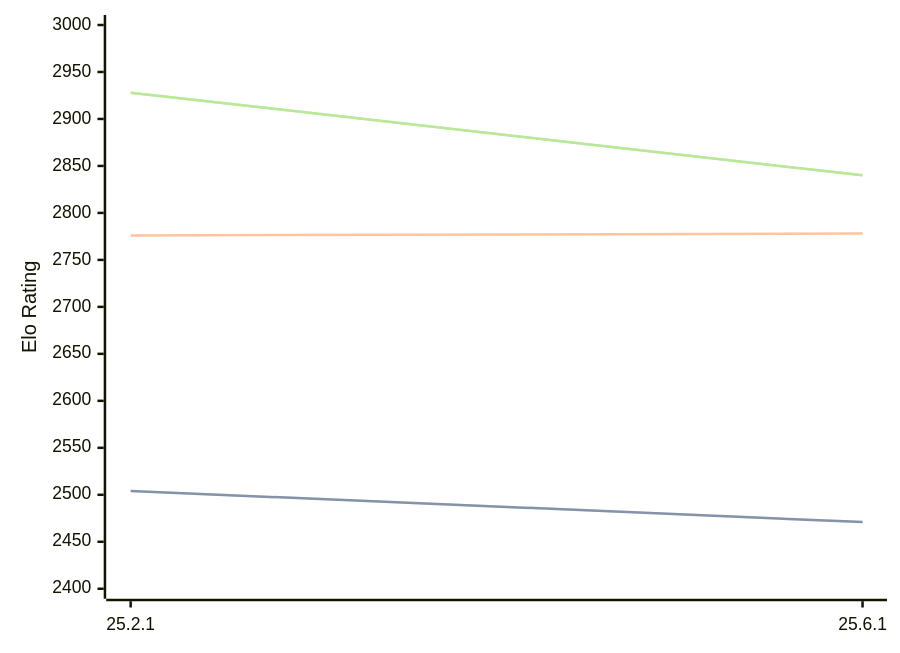
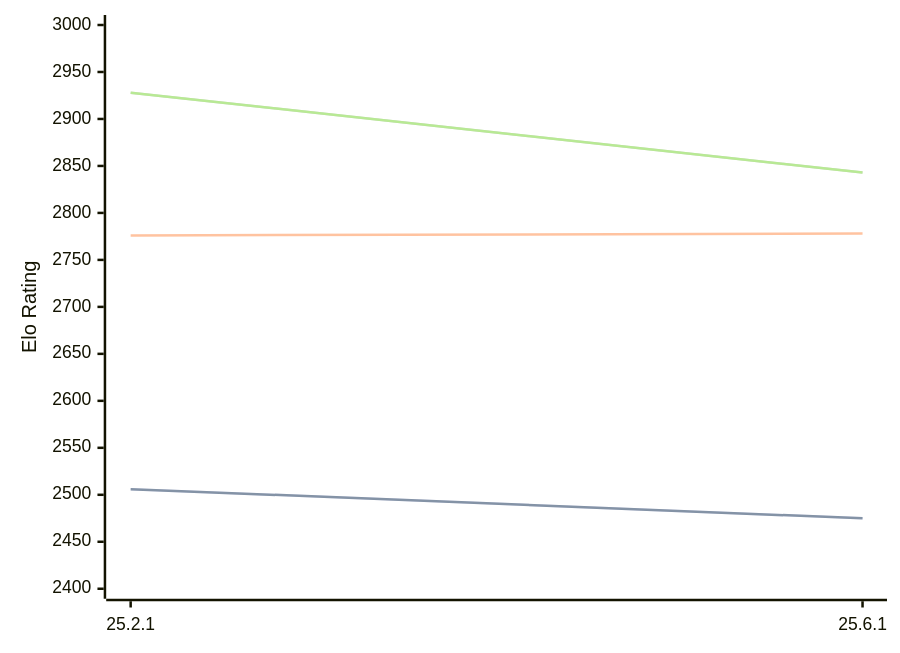
Before and after one commit to computer-chess-index/cci: the diagram in engines/Crafty.md, drawn with Mermaid. The commit also changed other lines of this file, not shown here.

Commit message:
Update CCI Ratings (ELO VLTC) - 2026-08-23

````diff
--- a/engines/Crafty.md
+++ b/engines/Crafty.md
@@ -32,11 +32,11 @@
 ```mermaid
 %%{init: {"theme":"base","themeVariables":{"seriesColors:['#a3a3a3','#222221','#faa371']}}}%%
 xychart-beta
   x-axis ["25.2.1", "25.6.1"]
   y-axis "Elo Rating" 2400 --> 3000
-  line "STC (8.0+0.08s)" [2504, 2471]
-  line "STC (8.0+0.08s)" [2504, 2471]
+  line "STC (8.0+0.08s)" [2506, 2475]
+  line "STC (8.0+0.08s)" [2506, 2475]
   line "LTC (60.0+0.60s)" [2776, 2778]
-  line "VLTC (2m24s+1.12s)" [2928, 2840]
-  line "VLTC (2m24s+1.12s)" [2928, 2840]
+  line "VLTC (2m24s+1.12s)" [2928, 2843]
+  line "VLTC (2m24s+1.12s)" [2928, 2843]
 ```
````
